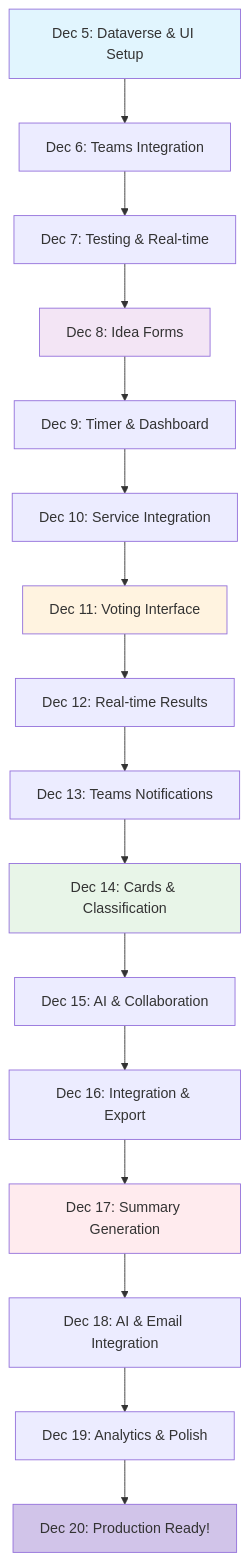
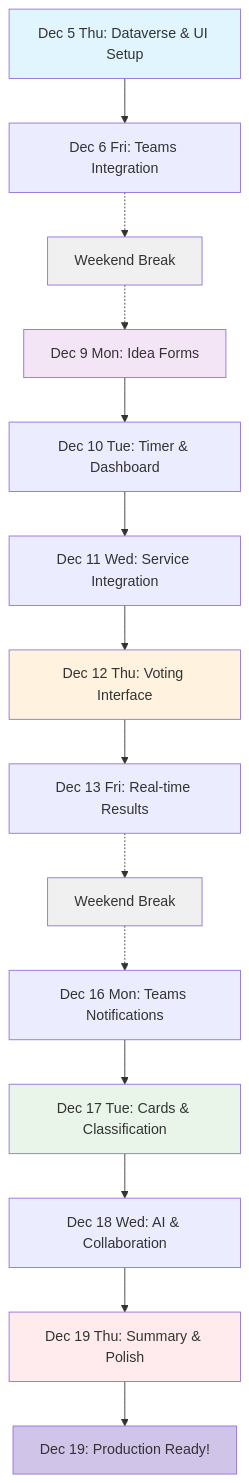
One commit to Ramakrishnan24689/spark-tank-virtual changed the seventh of 7 diagrams in implementation-plan-revised.md. Above: the diagram before and after it, drawn with Mermaid. The commit also changed other lines of this file, not shown here.

````diff
--- a/implementation-plan-revised.md
+++ b/implementation-plan-revised.md
@@ -622,30 +618,30 @@
 ```mermaid
 graph TD
-    A[Dec 5: Dataverse & UI Setup] --> B[Dec 6: Teams Integration]
-    B --> C[Dec 7: Testing & Real-time]
+    A[Dec 5 Thu: Dataverse & UI Setup] --> B[Dec 6 Fri: Teams Integration]
     
-    C --> D[Dec 8: Idea Forms]
-    D --> E[Dec 9: Timer & Dashboard]
-    E --> F[Dec 10: Service Integration]
+    B -.-> C[Weekend Break]
+    C -.-> D[Dec 9 Mon: Idea Forms]
     
-    F --> G[Dec 11: Voting Interface]
-    G --> H[Dec 12: Real-time Results]
-    H --> I[Dec 13: Teams Notifications]
+    D --> E[Dec 10 Tue: Timer & Dashboard]
+    E --> F[Dec 11 Wed: Service Integration]
+    F --> G[Dec 12 Thu: Voting Interface]
+    G --> H[Dec 13 Fri: Real-time Results]
     
-    I --> J[Dec 14: Cards & Classification]
-    J --> K[Dec 15: AI & Collaboration]
-    K --> L[Dec 16: Integration & Export]
+    H -.-> I[Weekend Break]
+    I -.-> J[Dec 16 Mon: Teams Notifications]
     
-    L --> M[Dec 17: Summary Generation]
-    M --> N[Dec 18: AI & Email Integration]
-    N --> O[Dec 19: Analytics & Polish]
+    J --> K[Dec 17 Tue: Cards & Classification]
+    K --> L[Dec 18 Wed: AI & Collaboration]
+    L --> M[Dec 19 Thu: Summary & Polish]
     
-    O --> P[Dec 20: Production Ready!]
+    M --> N[Dec 19: Production Ready!]
     
     style A fill:#e1f5fe
     style D fill:#f3e5f5
     style G fill:#fff3e0
-    style J fill:#e8f5e8
+    style K fill:#e8f5e8
     style M fill:#ffebee
-    style P fill:#d1c4e9
+    style N fill:#d1c4e9
+    style C fill:#f0f0f0
+    style I fill:#f0f0f0
 ```
````
